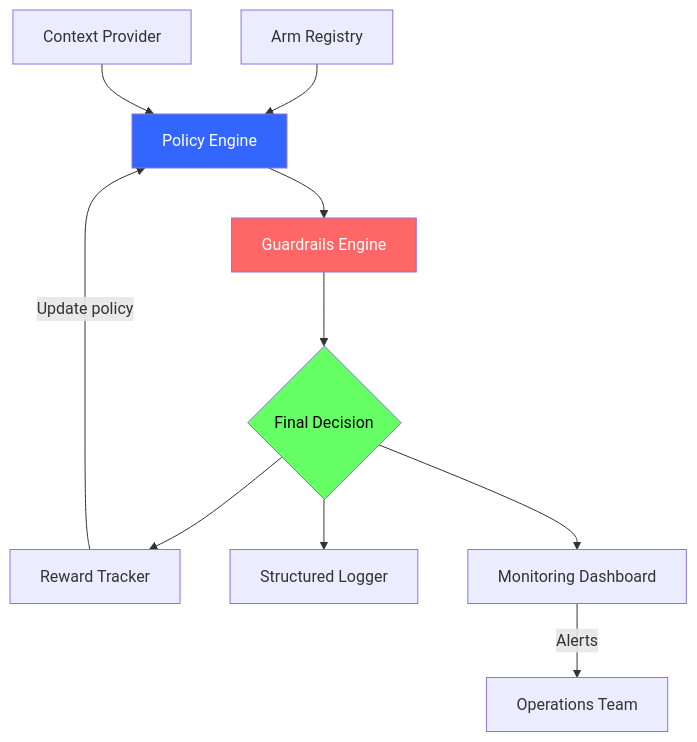
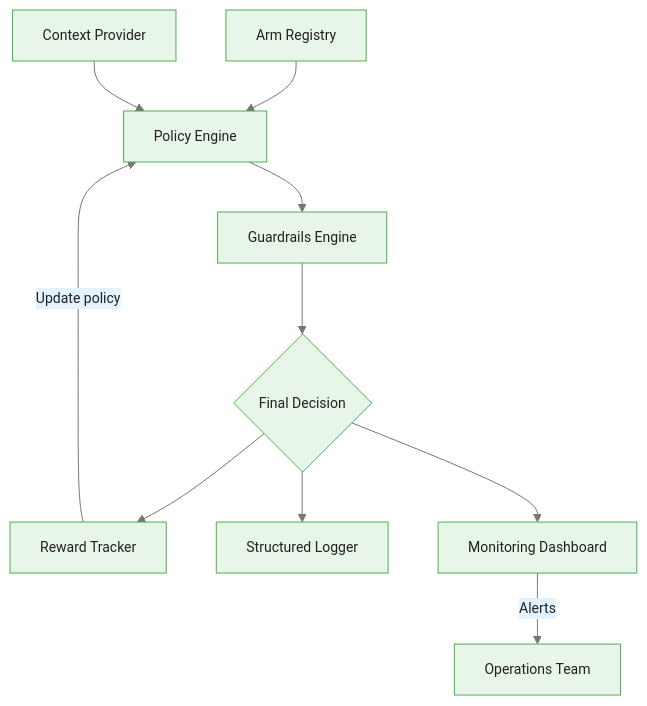
One commit to m-deane/course-creator changed the first of 4 diagrams in courses/multi-armed-bandits-ab-testing/modules/module_07_production_systems/guides/01_bandit_system_architecture_slides.md. Above: the diagram before and after it, drawn with Mermaid. The commit also changed other lines of this file and 146 other files, not shown here.

````diff
--- a/courses/multi-armed-bandits-ab-testing/modules/module_07_production_systems/guides/01_bandit_system_architecture_slides.md
+++ b/courses/multi-armed-bandits-ab-testing/modules/module_07_production_systems/guides/01_bandit_system_architecture_slides.md
@@ -31,18 +38,15 @@
 ```mermaid
+%%{init: {"theme": "base", "themeVariables": {"primaryColor": "#e8f5e9", "primaryBorderColor": "#4caf50", "primaryTextColor": "#212121", "secondaryColor": "#e3f2fd", "tertiaryColor": "#fff8e1", "lineColor": "#757575", "fontFamily": "Inter, sans-serif", "fontSize": "14px"}}}%%
 flowchart TD
     AR[Arm Registry] --> PE[Policy Engine]
     CP[Context Provider] --> PE
     PE --> GE[Guardrails Engine]
     GE --> Decision{Final Decision}
 
     Decision --> RT[Reward Tracker]
     Decision --> SL[Structured Logger]
     Decision --> MD[Monitoring Dashboard]
 
     RT --> |"Update policy"| PE
     MD --> |"Alerts"| Ops[Operations Team]
-
-    style PE fill:#36f,color:#fff
-    style GE fill:#f66,color:#fff
-    style Decision fill:#6f6,color:#000
 ```
````
